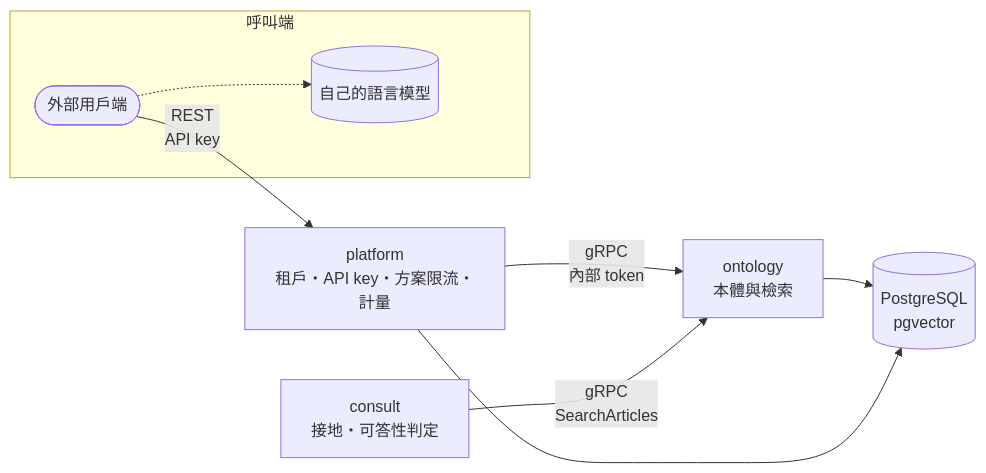
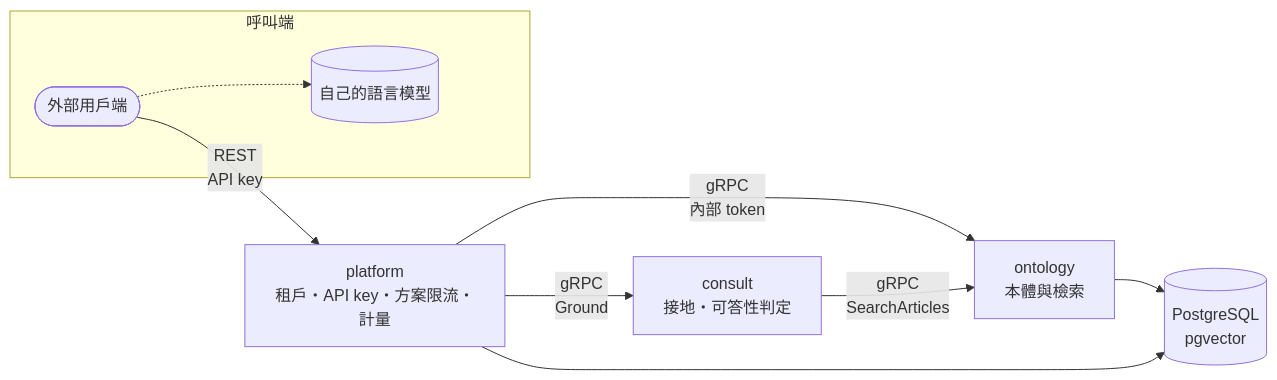
The diagram in README.md (elihu0211/envcite), drawn with Mermaid before and after one commit. The commit also changed other lines of this file and 19 other files, not shown here.

Commit message:
feat(platform): POST /v1/ground，對外開放 consult 的 Ground

````diff
--- a/README.md
+++ b/README.md
@@ -18,20 +18,21 @@
 ```mermaid
 flowchart LR
     client([外部用戶端])
     platform["platform<br/>租戶・API key・方案限流・計量"]
     ontology["ontology<br/>本體與檢索"]
     consult["consult<br/>接地・可答性判定"]
     pg[(PostgreSQL<br/>pgvector)]
 
     subgraph caller [呼叫端]
         client
         llm[(自己的語言模型)]
     end
 
     client -- "REST<br/>API key" --> platform
     platform -- "gRPC<br/>內部 token" --> ontology
+    platform -- "gRPC<br/>Ground" --> consult
     consult -- "gRPC<br/>SearchArticles" --> ontology
     client -.-> llm
     ontology --> pg
     platform --> pg
 ```
````
